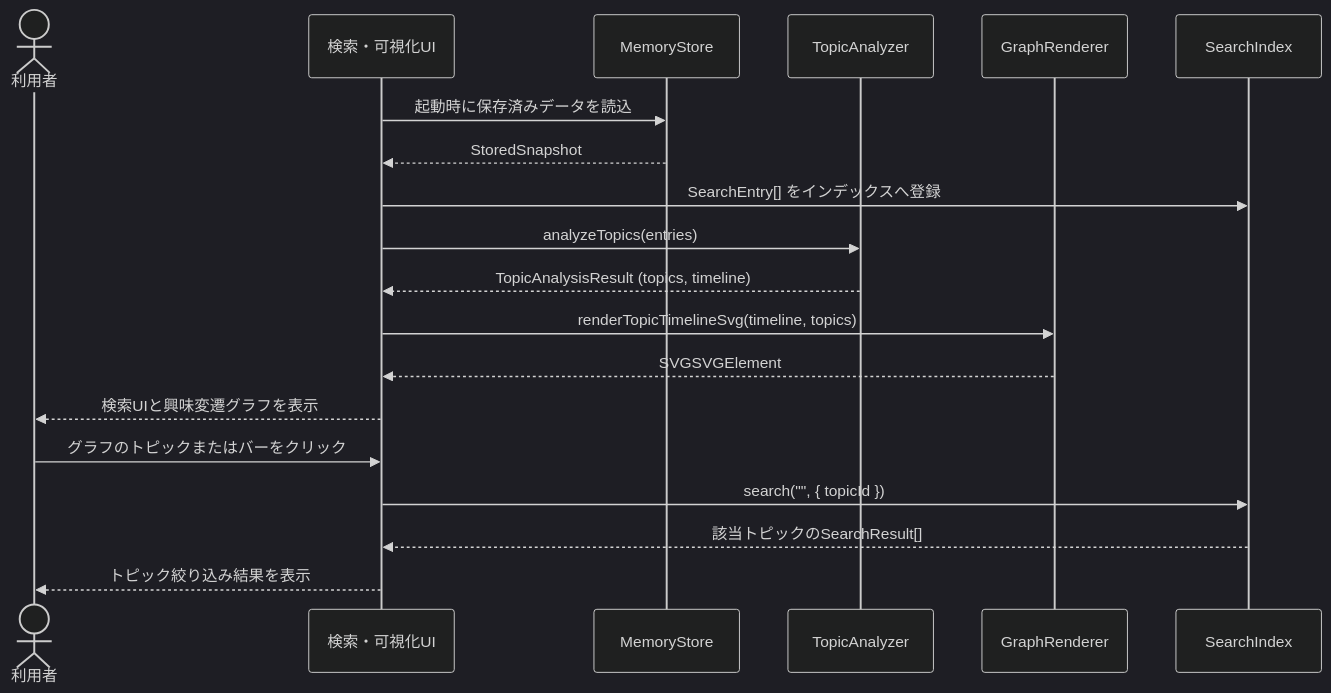
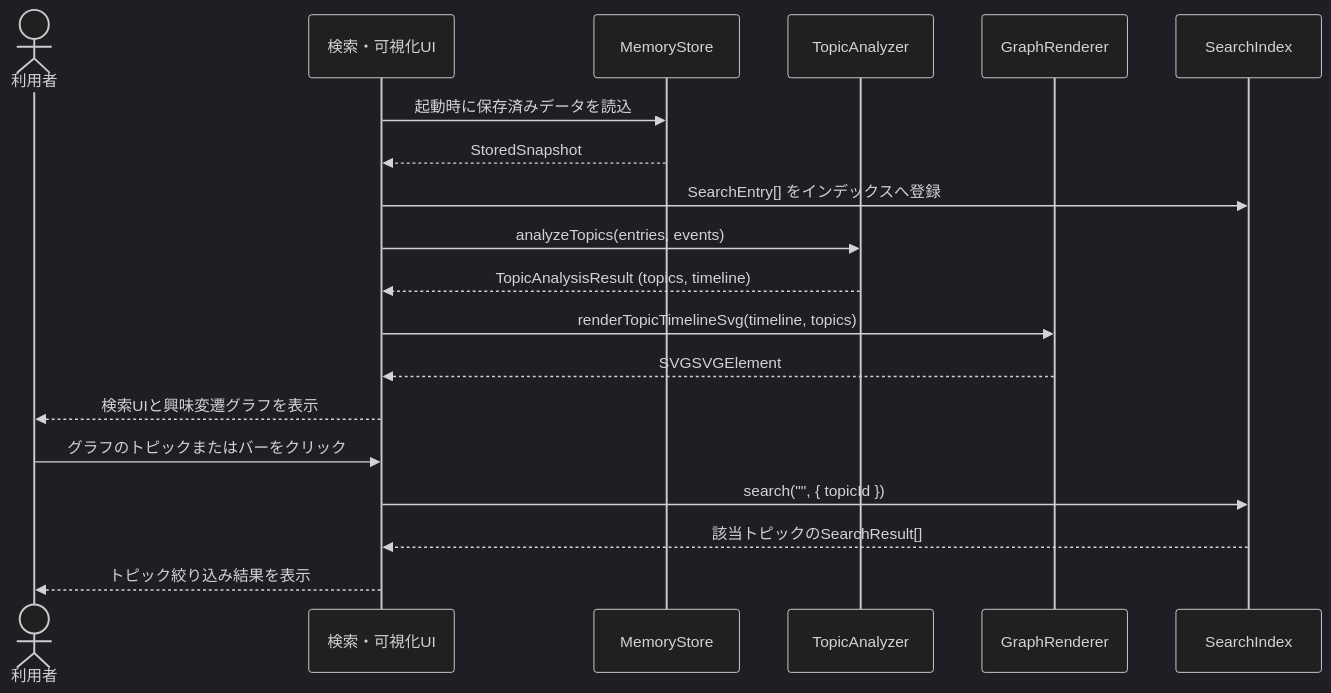
One commit to xzyozi/Mnemo_Local changed the diagram in docs/design/APP-DD-001_Local-Semantic-Memory.md. Above: the diagram before and after it, drawn with Mermaid (dark theme). The commit also changed other lines of this file and 3 other files, not shown here.

````diff
--- a/docs/design/APP-DD-001_Local-Semantic-Memory.md
+++ b/docs/design/APP-DD-001_Local-Semantic-Memory.md
@@ -153,22 +191,22 @@
 ```mermaid
 sequenceDiagram
     actor User as 利用者
     participant UI as 検索・可視化UI
     participant Store as MemoryStore
     participant Analyzer as TopicAnalyzer
     participant Renderer as GraphRenderer
     participant Index as SearchIndex
 
     UI->>Store: 起動時に保存済みデータを読込
     Store-->>UI: StoredSnapshot
     UI->>Index: SearchEntry[] をインデックスへ登録
-    UI->>Analyzer: analyzeTopics(entries)
+    UI->>Analyzer: analyzeTopics(entries, events)
     Analyzer-->>UI: TopicAnalysisResult (topics, timeline)
     UI->>Renderer: renderTopicTimelineSvg(timeline, topics)
     Renderer-->>UI: SVGSVGElement
     UI-->>User: 検索UIと興味変遷グラフを表示
     User->>UI: グラフのトピックまたはバーをクリック
     UI->>Index: search("", { topicId })
     Index-->>UI: 該当トピックのSearchResult[]
     UI-->>User: トピック絞り込み結果を表示
 ```
````
